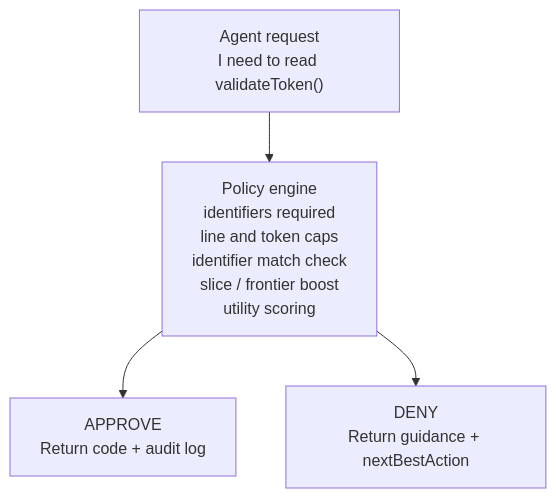
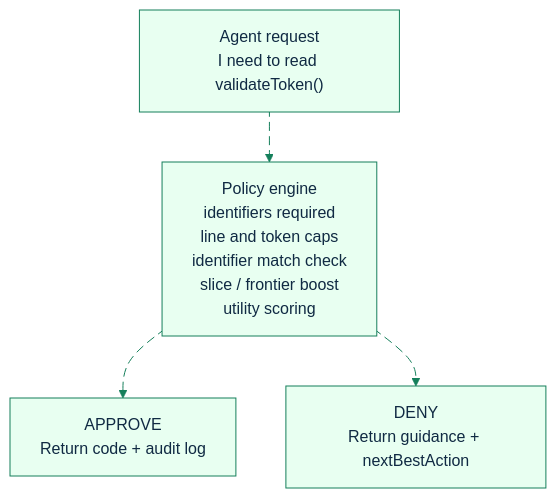
The first of 2 diagrams in docs/feature-deep-dives/governance-policy.md (GlitterKill/sdl-mcp), drawn with Mermaid before and after one commit. The commit also changed other lines of this file and 36 other files, not shown here.

````diff
--- a/docs/feature-deep-dives/governance-policy.md
+++ b/docs/feature-deep-dives/governance-policy.md
@@ -17,11 +17,15 @@
 ```mermaid
+%%{init: {"theme":"base","themeVariables":{"primaryColor":"#e8fff1","primaryBorderColor":"#157f5b","primaryTextColor":"#102a43","secondaryColor":"#eef6ff","secondaryBorderColor":"#2563eb","tertiaryColor":"#fff4d6","tertiaryBorderColor":"#b45309","lineColor":"#157f5b","fontFamily":"Trebuchet MS, Arial"},"flowchart":{"curve":"basis"}}}%%
 flowchart TD
     Req["Agent request<br/>I need to read validateToken()"]
     Policy["Policy engine<br/>identifiers required<br/>line and token caps<br/>identifier match check<br/>slice / frontier boost<br/>utility scoring"]
     Approve["APPROVE<br/>Return code + audit log"]
     Deny["DENY<br/>Return guidance + nextBestAction"]
 
-    Req --> Policy
-    Policy --> Approve
-    Policy --> Deny
+    Req e1@--> Policy
+    Policy e2@--> Approve
+    Policy e3@--> Deny
+
+    classDef animate stroke-dasharray: 9\,5,stroke-dashoffset: 900,animation: dash 25s linear infinite;
+    class e1,e2,e3 animate
 ```
````
